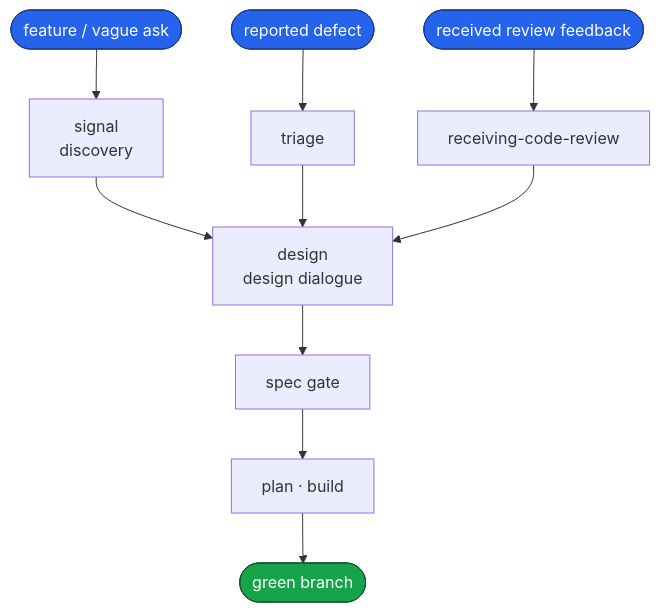
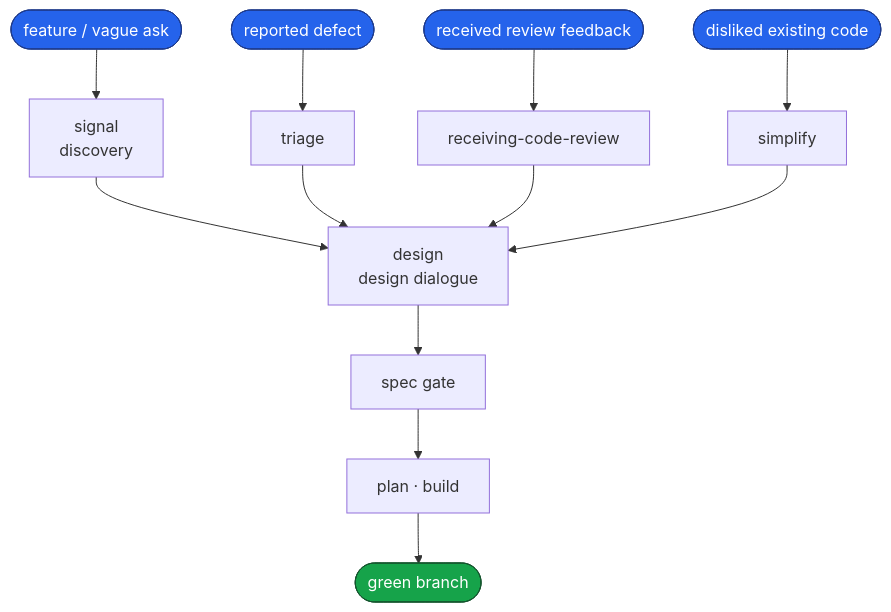
The first of 7 diagrams in README.md (dashworthy/engineering), drawn with Mermaid before and after one commit. The commit also changed other lines of this file and 3 other files, not shown here.

````diff
--- a/README.md
+++ b/README.md
@@ -35,17 +36,19 @@
 ```mermaid
 flowchart TD
     classDef entry fill:#2563eb,stroke:#1e3a8a,color:#fff
     classDef done fill:#16a34a,stroke:#14532d,color:#fff
 
     F(["feature / vague ask"]):::entry --> SIG["signal<br/>discovery"]
     D(["reported defect"]):::entry --> TRI["triage"]
     R(["received review feedback"]):::entry --> RCR["receiving-code-review"]
+    U(["disliked existing code"]):::entry --> SIM["simplify"]
 
     SIG --> DES["design<br/>design dialogue"]
     TRI --> DES
     RCR --> DES
+    SIM --> DES
 
     DES --> SPEC["spec gate"]
     SPEC --> BB["plan · build"]
     BB --> DONE(["green branch"]):::done
 ```
````
